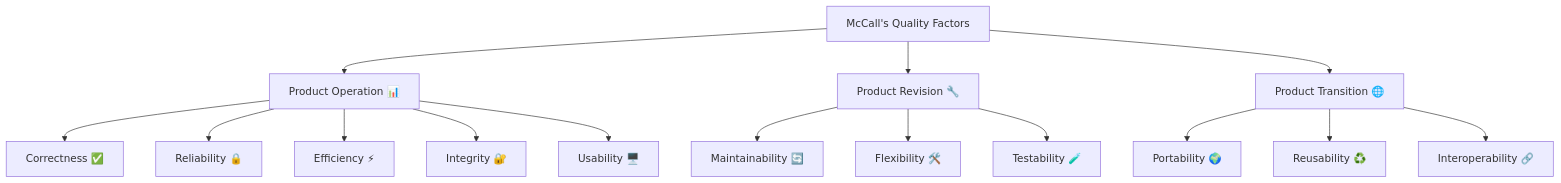
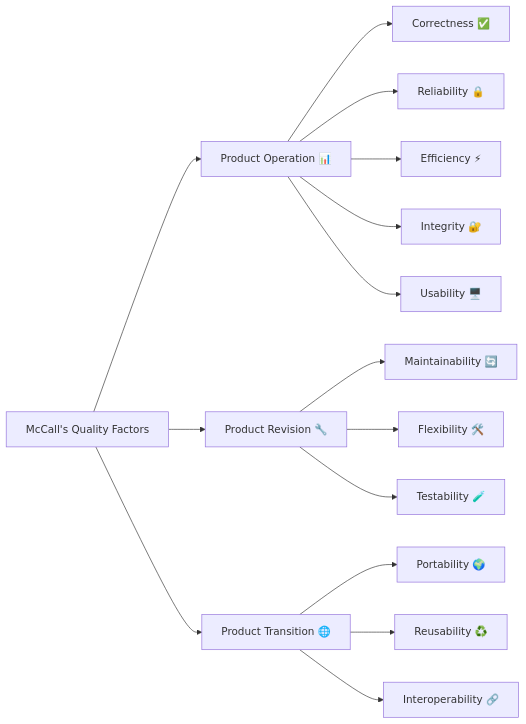
Before and after one commit to msdbok/sqrbok: the diagram in _definition/3. Quality models.md, drawn with Mermaid.

````diff
--- a/_definition/3. Quality models.md
+++ b/_definition/3. Quality models.md
@@ -31,21 +31,21 @@
 ```mermaid
-flowchart TD
+flowchart LR
   A[McCall's Quality Factors]
   A --> B[Product Operation 📊]
   A --> C[Product Revision 🔧]
   A --> D[Product Transition 🌐]
 
   B --> B1[Correctness ✅]
   B --> B2[Reliability 🔒]
   B --> B3[Efficiency ⚡]
   B --> B4[Integrity 🔐]
   B --> B5[Usability 🖥️]
 
   C --> C1[Maintainability 🔄]
   C --> C2[Flexibility 🛠️]
   C --> C3[Testability 🧪]
 
   D --> D1[Portability 🌍]
   D --> D2[Reusability ♻️]
   D --> D3[Interoperability 🔗]
 ```
````
